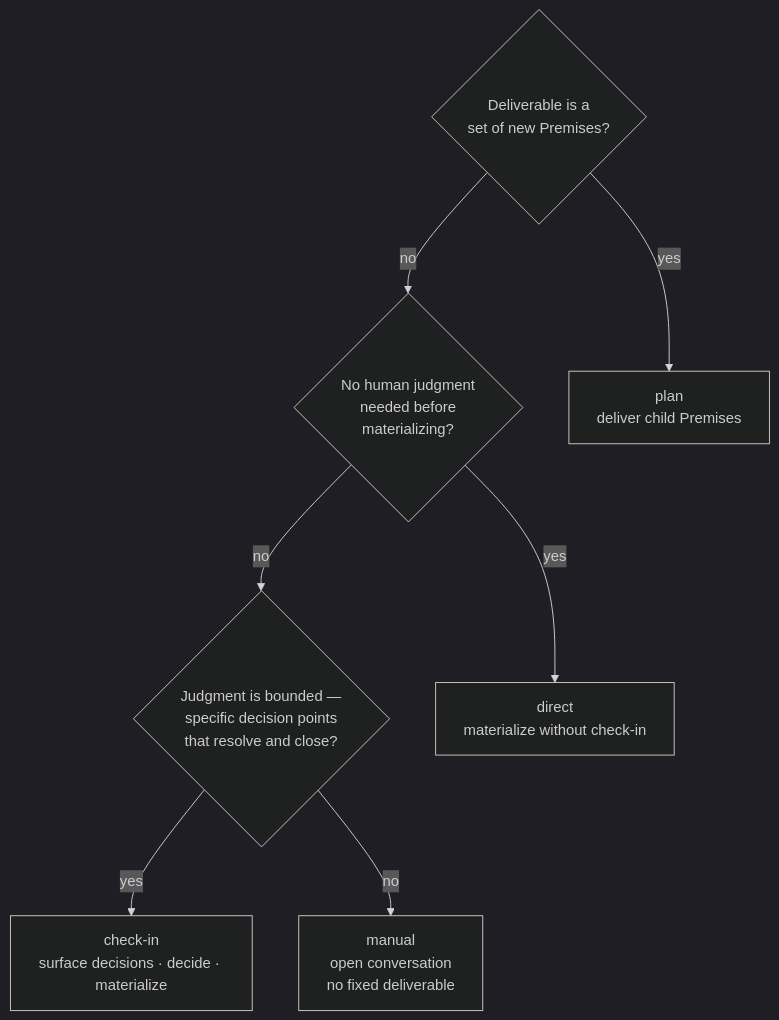
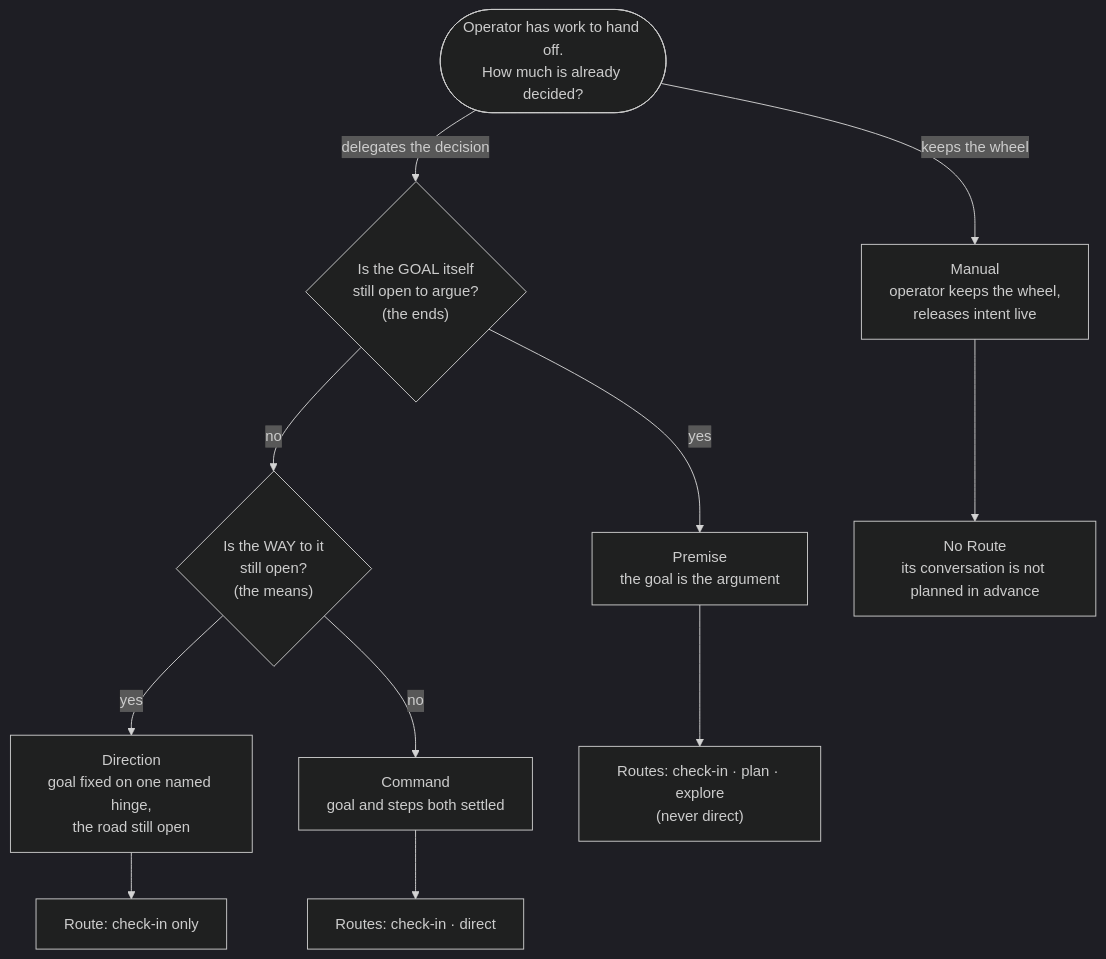
Before and after one commit to somehowsoftware/vaudeville: the third of 3 diagrams in workflow.md, drawn with Mermaid (dark theme). The commit also changed other lines of this file and 309 other files, not shown here.

````diff
--- a/workflow.md
+++ b/workflow.md
@@ -78,17 +98,25 @@
 ```mermaid
 flowchart TD
-    Q1{"Deliverable is a\nset of new Premises?"}
-    Q2{"No human judgment\nneeded before\nmaterializing?"}
-    Q3{"Judgment is bounded —\nspecific decision points\nthat resolve and close?"}
-    PLAN["plan\ndeliver child Premises"]
-    DIRECT["direct\nmaterialize without check-in"]
-    CHECKIN["check-in\nsurface decisions · decide · materialize"]
-    MANUAL["manual\nopen conversation\nno fixed deliverable"]
+    START(["Operator has work to hand off.\nHow much is already decided?"])
+    Q1{"Is the GOAL itself\nstill open to argue?\n(the ends)"}
+    Q2{"Is the WAY to it\nstill open?\n(the means)"}
+    PREMISE["Premise\nthe goal is the argument"]
+    DIRECTION["Direction\ngoal fixed on one named hinge,\nthe road still open"]
+    COMMAND["Command\ngoal and steps both settled"]
+    MANUAL["Manual\noperator keeps the wheel,\nreleases intent live"]
+    RP["Routes: check-in · plan · explore\n(never direct)"]
+    RD["Route: check-in only"]
+    RC["Routes: check-in · direct"]
+    RM["No Route\nits conversation is not planned in advance"]
 
-    Q1 -->|yes| PLAN
+    START -->|delegates the decision| Q1
+    START -->|keeps the wheel| MANUAL
+    Q1 -->|yes| PREMISE
     Q1 -->|no| Q2
-    Q2 -->|yes| DIRECT
-    Q2 -->|no| Q3
-    Q3 -->|yes| CHECKIN
-    Q3 -->|no| MANUAL
+    Q2 -->|yes| DIRECTION
+    Q2 -->|no| COMMAND
+    PREMISE --> RP
+    DIRECTION --> RD
+    COMMAND --> RC
+    MANUAL --> RM
 ```
````
